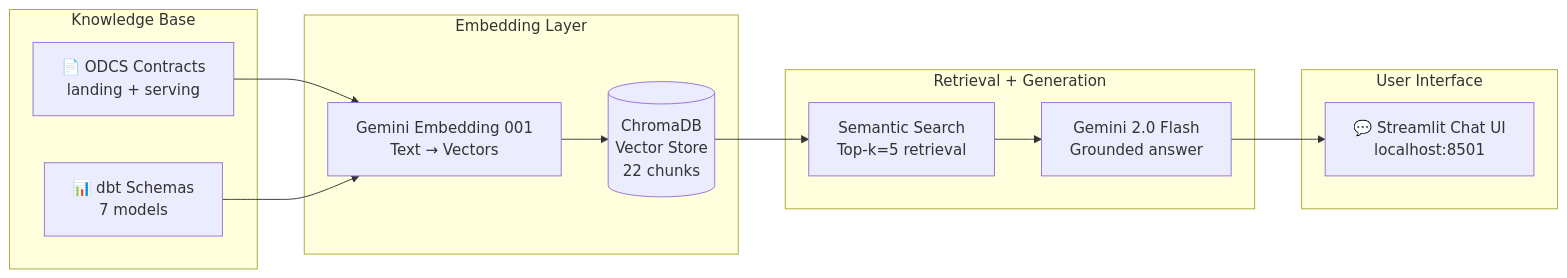
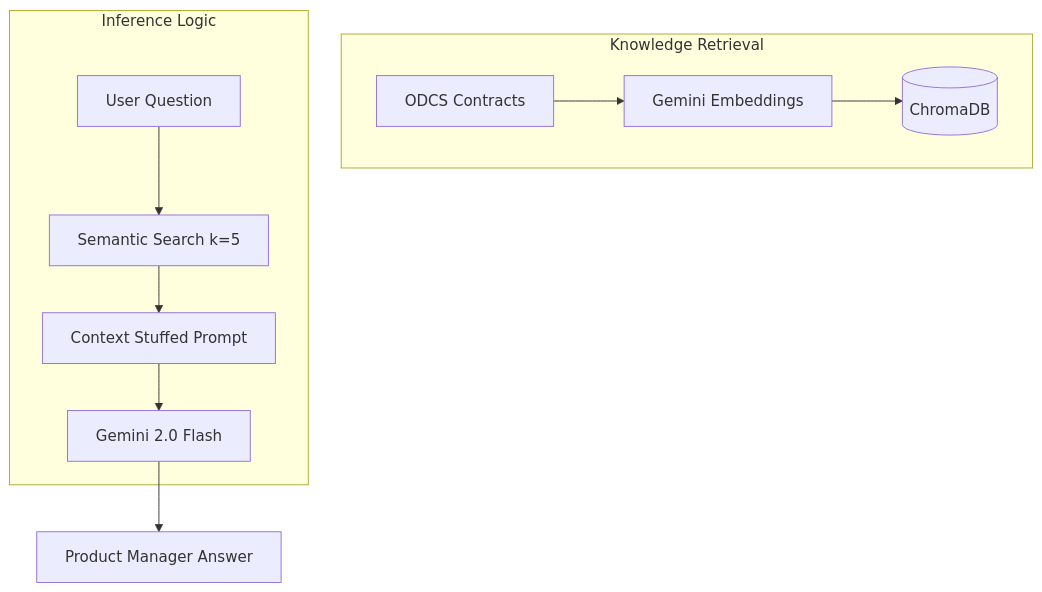
Before and after one commit to Chugh-Gourav/deftunes_data_engineering_rag_capstone: the second of 2 diagrams in README.md, drawn with Mermaid. The commit also changed other lines of this file and 1 other file, not shown here.

````diff
--- a/README.md
+++ b/README.md
@@ -43,28 +46,15 @@
 ```mermaid
-flowchart LR
-    subgraph "Knowledge Base"
-        A[📄 ODCS Contracts<br/>landing + serving]
-        B[📊 dbt Schemas<br/>7 models]
+flowchart TD
+    subgraph "Knowledge Retrieval"
+        A[ODCS Contracts] --> B[Gemini Embeddings]
+        B --> C[(ChromaDB)]
     end
     
-    subgraph "Embedding Layer"
-        C[Gemini Embedding 001<br/>Text → Vectors]
-        D[(ChromaDB<br/>Vector Store<br/>22 chunks)]
+    subgraph "Inference Logic"
+        D[User Question] --> E[Semantic Search k=5]
+        E --> F[Context Stuffed Prompt]
+        F --> G[Gemini 2.0 Flash]
     end
     
-    subgraph "Retrieval + Generation"
-        E[Semantic Search<br/>Top-k=5 retrieval]
-        F[Gemini 2.0 Flash<br/>Grounded answer]
-    end
-    
-    subgraph "User Interface"
-        G[💬 Streamlit Chat UI<br/>localhost:8501]
-    end
-    
-    A --> C
-    B --> C
-    C --> D
-    D --> E
-    E --> F
-    F --> G
+    G --> H[Product Manager Answer]
 ```
````
